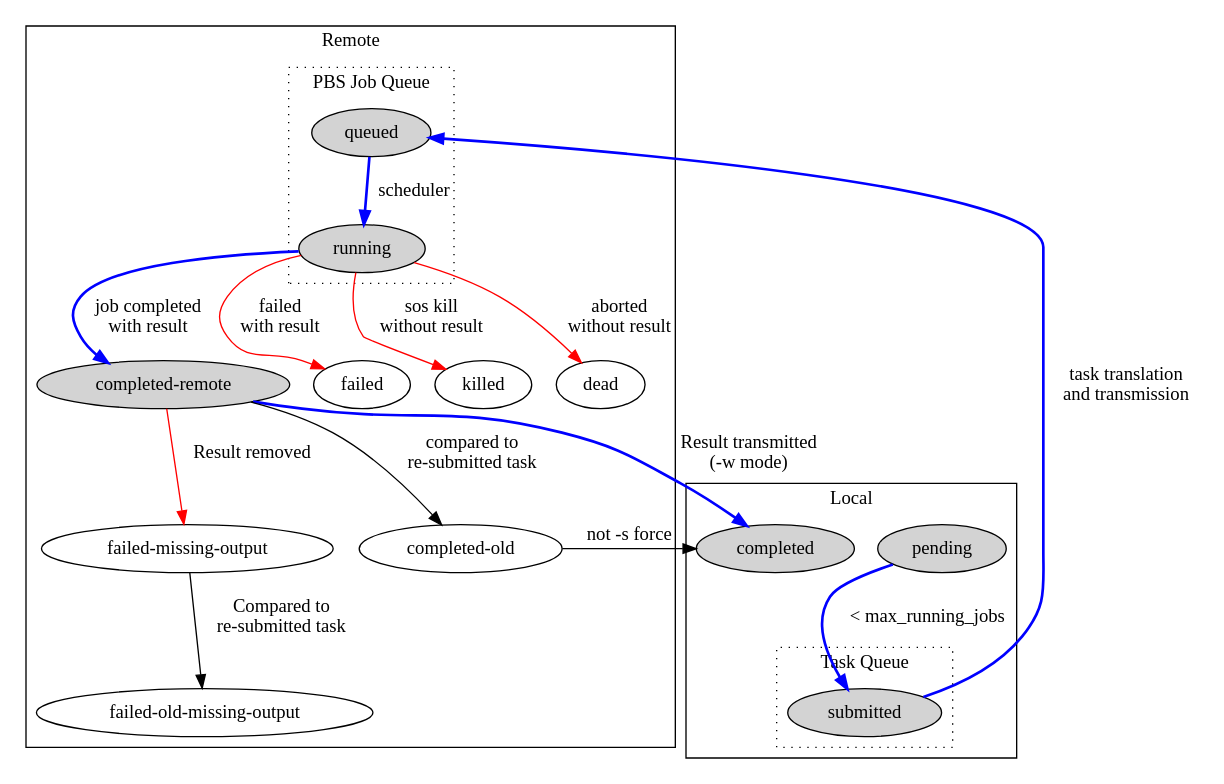
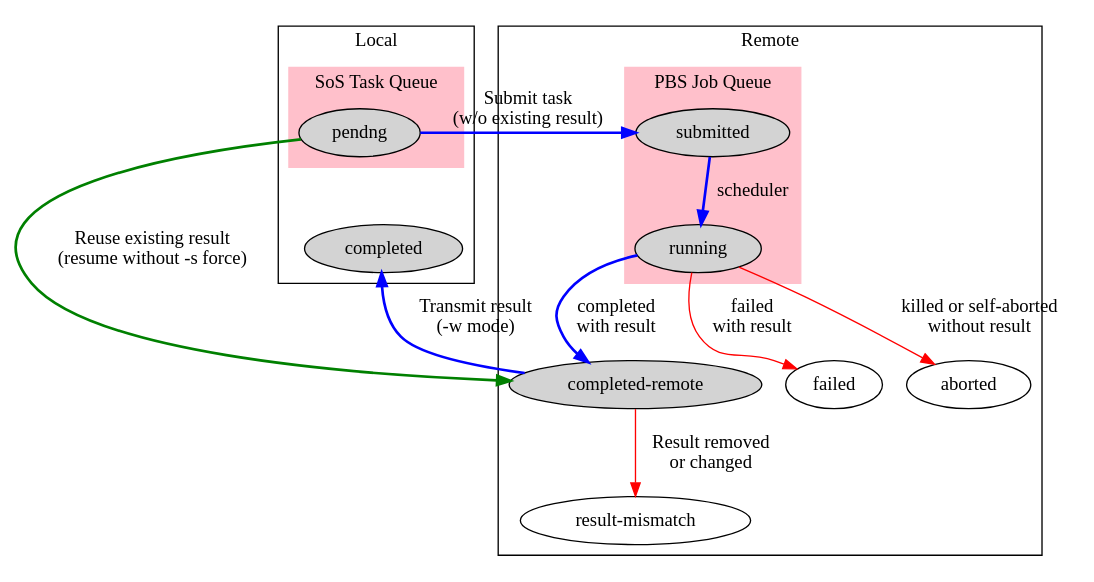
The diagram in docs/doc/media/task_status.dot (jirikuncar/SOS), drawn with Graphviz before and after one commit. The commit also changed 3 other files, not shown here.

```diff
--- a/docs/doc/media/task_status.dot
+++ b/docs/doc/media/task_status.dot
@@ -1,50 +1,47 @@
 digraph task_status {
 	/* source nodes */
     subgraph cluster_0 {
         label="Local";
 
-        pending_task [label="pending", style=filled, rank=min]
 
         subgraph cluster_1 {
-            style=dotted;
-            label="Task Queue";
+            style=filled;
+            color=pink;
+            label="SoS Task Queue";
+            rankdir=TB;
 
-            submitted_task [label="submitted", style=filled];
+            pending_task [label="pendng", style=filled];
         }
 
-        pending_task -> submitted_task [label="< max_running_jobs", style=bold, color=blue];
         completed_task [label="completed", style=filled];
 
     }
     subgraph cluster_2 {
         label="Remote";
 
         subgraph cluster_2 {
-            style=dotted;
+            style=filled;
+            color=pink;
             label="PBS Job Queue";
 
-            queued_task [label="queued", style=filled];
+            submitted_task [label="submitted", style=filled];
             running_task [ label="running", style=filled];
 
-            queued_task -> running_task [label="scheduler", style=bold, color=blue];
+            submitted_task -> running_task [label="scheduler", style=bold, color=blue];
         }
 
         completed_remote_task [label="completed-remote", style=filled];
-        failed_missing_output [label="failed-missing-output"];
-        completed_old [label="completed-old"];
-        failed_old_missing_output [label="failed-old-missing-output"];
+        result_mismatch [label="result-mismatch"];
         failed_task [label="failed"];
-        killed_task [label="killed"];
-        dead_task [label="dead"];
-        running_task -> completed_remote_task [label="job completed\nwith result", style=bold, color=blue];
-        running_task -> dead_task [label="aborted\nwithout result", color=red];
+        aborted_task [label="aborted"];
+        running_task -> completed_remote_task [label="completed\nwith result", style=bold, color=blue];
+        running_task -> aborted_task [label="killed or self-aborted\nwithout result", color=red];
         running_task -> failed_task [label="failed\nwith result", color=red];
-        running_task -> killed_task [label="sos kill\nwithout result", color=red];
-        completed_remote_task -> completed_old [label="compared to\nre-submitted task"];
-        completed_remote_task -> failed_missing_output [label="Result removed", color=red];
-        failed_missing_output -> failed_old_missing_output [label="Compared to\nre-submitted task"];
+        completed_remote_task -> result_mismatch [label="Result removed\nor changed", color=red];
     }
-    submitted_task -> queued_task [label="task translation \nand transmission", style=bold, color=blue];
-    completed_remote_task -> completed_task [label="Result transmitted\n(-w mode)", style=bold, color=blue];
-    completed_old -> completed_task [label="not -s force"];
+    pending_task -> completed_remote_task [label="Reuse existing result\n(resume without -s force)", style=bold, color=green];
+    pending_task -> submitted_task [label="Submit task\n(w/o existing result)", style=bold, color=blue];
+    completed_remote_task -> completed_task [label="Transmit result\n(-w mode)", style=bold, color=blue];
+    pending_task -> completed_task [style=invis];
+    pending_task -> running_task [style=invis];
 }
```
